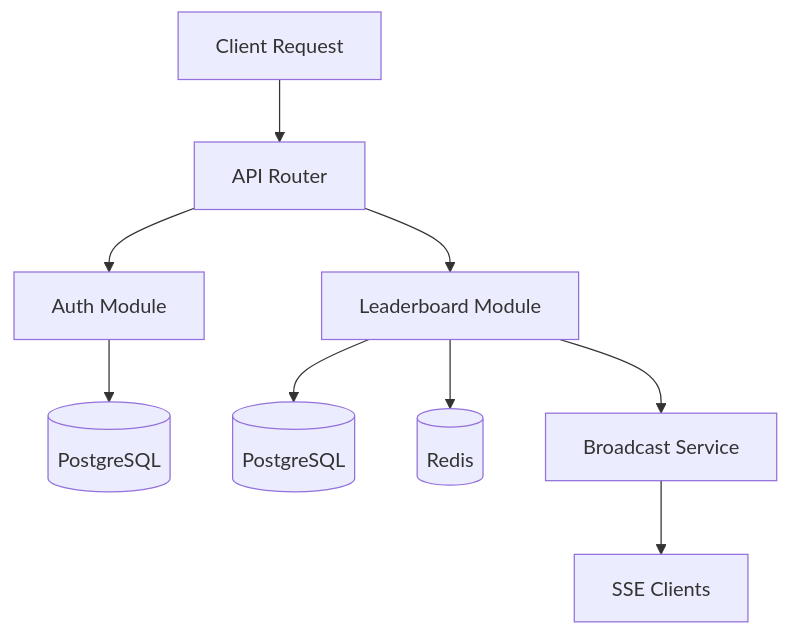
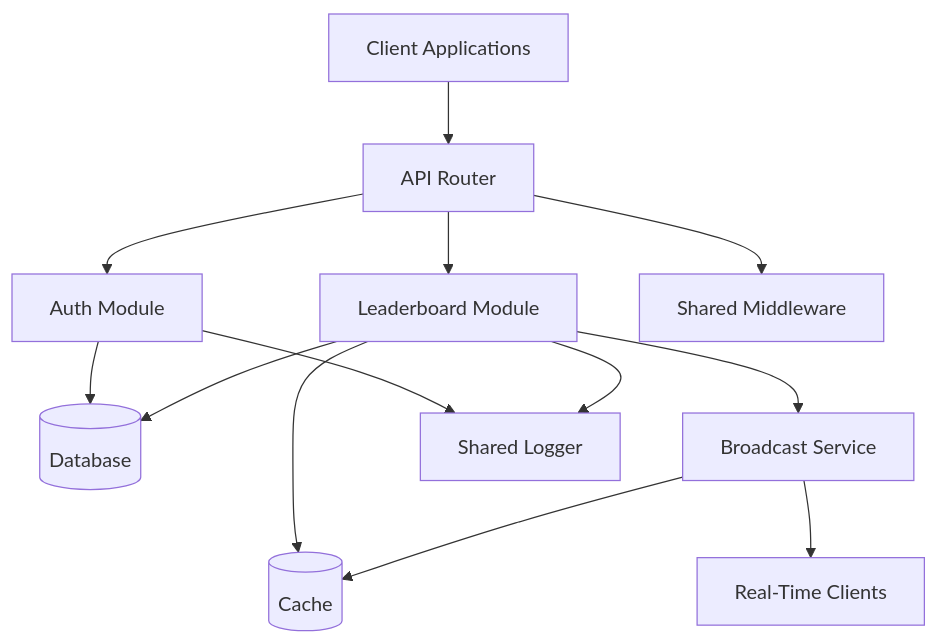
Before and after one commit to nhatnam1507/real-time-leaderboard: the diagram in docs/application.md, drawn with Mermaid. The commit also changed other lines of this file, not shown here.

````diff
--- a/docs/application.md
+++ b/docs/application.md
@@ -22,11 +36,19 @@
 ```mermaid
 graph TB
-    Client[Client Request] --> Router[API Router]
-    Router --> Auth[Auth Module]
-    Router --> Leaderboard[Leaderboard Module]
-    Auth --> AuthDB[(PostgreSQL)]
-    Leaderboard --> LeaderboardDB[(PostgreSQL)]
-    Leaderboard --> Cache[(Redis)]
-    Leaderboard --> Broadcast[Broadcast Service]
-    Broadcast --> SSE[SSE Clients]
+    Client[Client Applications] --> Router[API Router]
+    
+    Router --> AuthModule[Auth Module]
+    Router --> LeaderboardModule[Leaderboard Module]
+    
+    AuthModule --> Database[(Database)]
+    LeaderboardModule --> Database
+    LeaderboardModule --> Cache[(Cache)]
+    LeaderboardModule --> Broadcast[Broadcast Service]
+    
+    Broadcast --> Cache
+    Broadcast --> Clients[Real-Time Clients]
+    
+    Router --> Middleware[Shared Middleware]
+    AuthModule --> Logger[Shared Logger]
+    LeaderboardModule --> Logger
 ```
````
